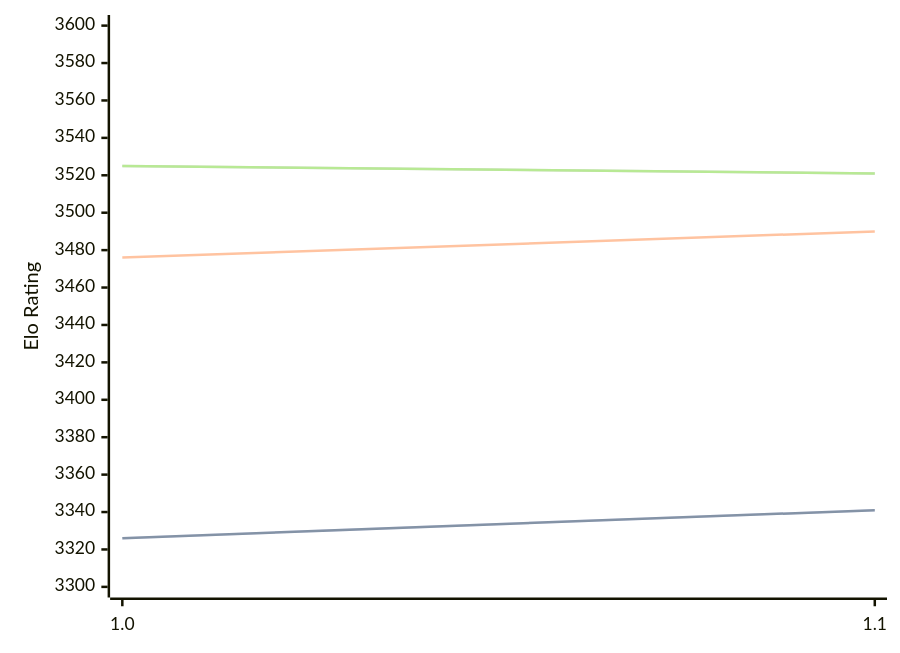
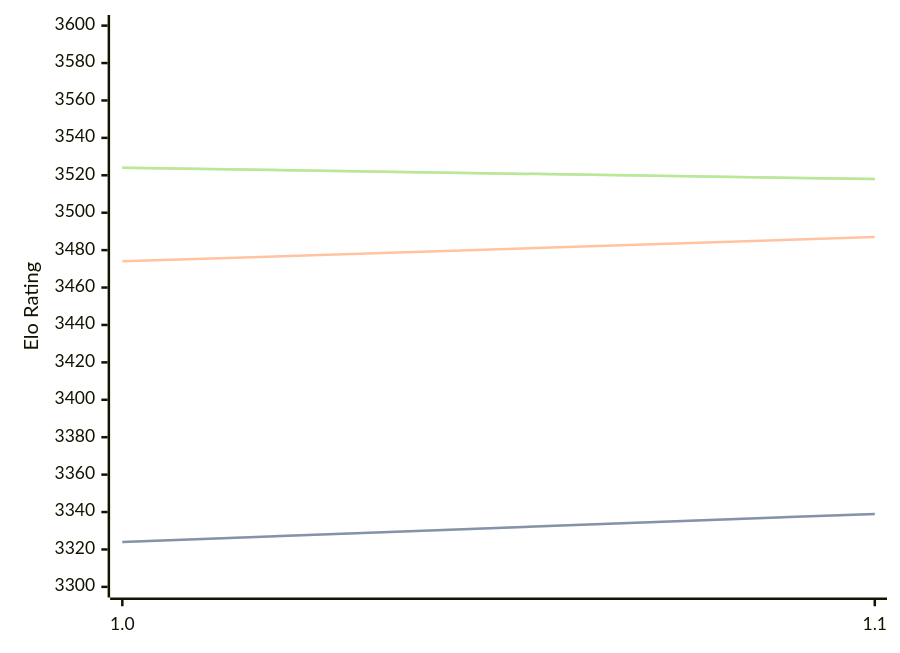
Before and after one commit to computer-chess-index/cci: the diagram in engines/Horsie.md, drawn with Mermaid. The commit also changed other lines of this file, not shown here.

Commit message:
Update CCI Ratings (ELO VLTC) - 2026-08-12

````diff
--- a/engines/Horsie.md
+++ b/engines/Horsie.md
@@ -32,11 +32,11 @@
 ```mermaid
 %%{init: {"theme":"base","themeVariables":{"seriesColors:['#a3a3a3','#222221','#faa371']}}}%%
 xychart-beta
   x-axis ["1.0", "1.1"]
   y-axis "Elo Rating" 3300 --> 3600
-  line "STC (8.0+0.08s)" [3326, 3341]
-  line "STC (8.0+0.08s)" [3326, 3341]
-  line "LTC (60.0+0.60s)" [3476, 3490]
-  line "VLTC (2m24s+1.12s)" [3525, 3521]
-  line "VLTC (2m24s+1.12s)" [3525, 3521]
+  line "STC (8.0+0.08s)" [3324, 3339]
+  line "STC (8.0+0.08s)" [3324, 3339]
+  line "LTC (60.0+0.60s)" [3474, 3487]
+  line "VLTC (2m24s+1.12s)" [3524, 3518]
+  line "VLTC (2m24s+1.12s)" [3524, 3518]
 ```
````
